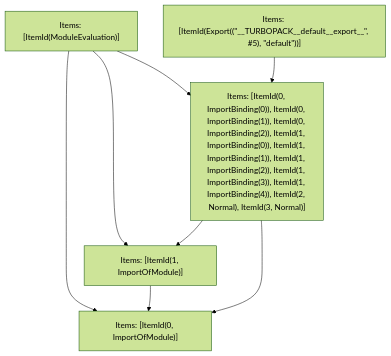
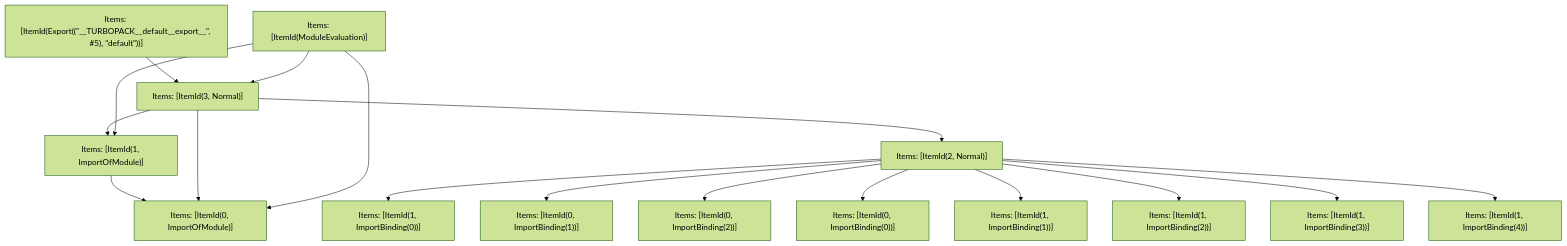
One commit to vercel/turborepo changed the fifth of 5 diagrams in crates/turbopack-ecmascript/tests/tree-shaker/analyzer/amphtml-document/output.md. Above: the diagram before and after it, drawn with Mermaid (forest theme). The commit also changed other lines of this file and 72 other files, not shown here.

````diff
--- a/crates/turbopack-ecmascript/tests/tree-shaker/analyzer/amphtml-document/output.md
+++ b/crates/turbopack-ecmascript/tests/tree-shaker/analyzer/amphtml-document/output.md
@@ -282,15 +282,33 @@
 ```mermaid
 graph TD
-    N0["Items: [ItemId(ModuleEvaluation)]"];
-    N1["Items: [ItemId(Export((&quot;__TURBOPACK__default__export__&quot;, #5), &quot;default&quot;))]"];
-    N2["Items: [ItemId(0, ImportOfModule)]"];
-    N3["Items: [ItemId(1, ImportOfModule)]"];
-    N4["Items: [ItemId(0, ImportBinding(0)), ItemId(0, ImportBinding(1)), ItemId(0, ImportBinding(2)), ItemId(1, ImportBinding(0)), ItemId(1, ImportBinding(1)), ItemId(1, ImportBinding(2)), ItemId(1, ImportBinding(3)), ItemId(1, ImportBinding(4)), ItemId(2, Normal), ItemId(3, Normal)]"];
-    N0 --> N2;
-    N0 --> N3;
-    N0 --> N4;
-    N1 --> N4;
-    N3 --> N2;
-    N4 --> N2;
-    N4 --> N3;
+    N0["Items: [ItemId(1, ImportBinding(4))]"];
+    N1["Items: [ItemId(1, ImportBinding(3))]"];
+    N2["Items: [ItemId(1, ImportBinding(2))]"];
+    N3["Items: [ItemId(1, ImportBinding(1))]"];
+    N4["Items: [ItemId(0, ImportBinding(0))]"];
+    N5["Items: [ItemId(0, ImportBinding(2))]"];
+    N6["Items: [ItemId(0, ImportBinding(1))]"];
+    N7["Items: [ItemId(1, ImportBinding(0))]"];
+    N8["Items: [ItemId(2, Normal)]"];
+    N9["Items: [ItemId(0, ImportOfModule)]"];
+    N10["Items: [ItemId(1, ImportOfModule)]"];
+    N11["Items: [ItemId(3, Normal)]"];
+    N12["Items: [ItemId(ModuleEvaluation)]"];
+    N13["Items: [ItemId(Export((&quot;__TURBOPACK__default__export__&quot;, #5), &quot;default&quot;))]"];
+    N10 --> N9;
+    N8 --> N7;
+    N8 --> N6;
+    N8 --> N5;
+    N8 --> N4;
+    N8 --> N3;
+    N8 --> N2;
+    N8 --> N1;
+    N8 --> N0;
+    N11 --> N8;
+    N11 --> N9;
+    N11 --> N10;
+    N13 --> N11;
+    N12 --> N9;
+    N12 --> N10;
+    N12 --> N11;
 ```
````
